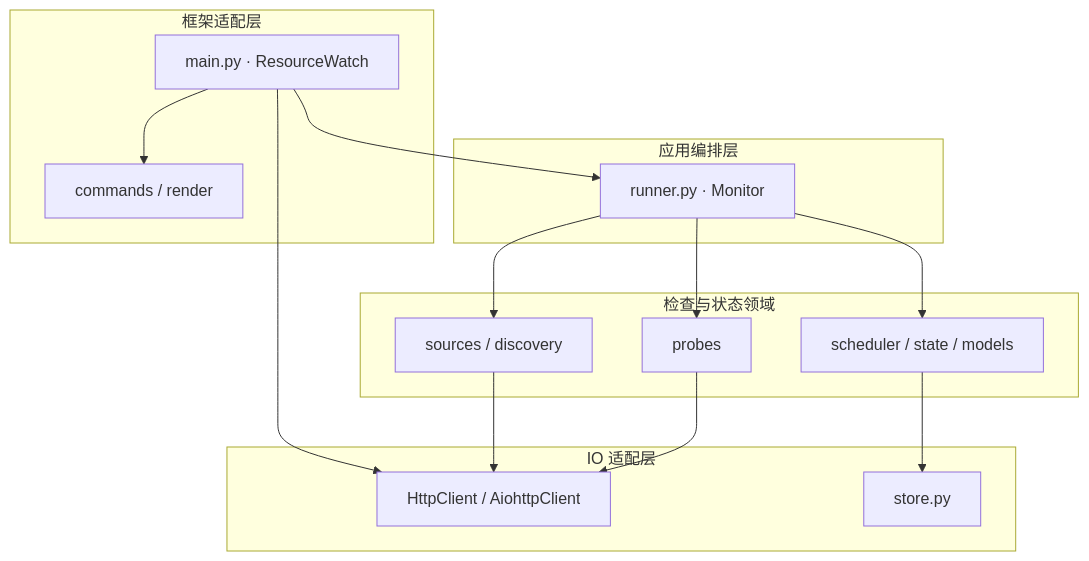
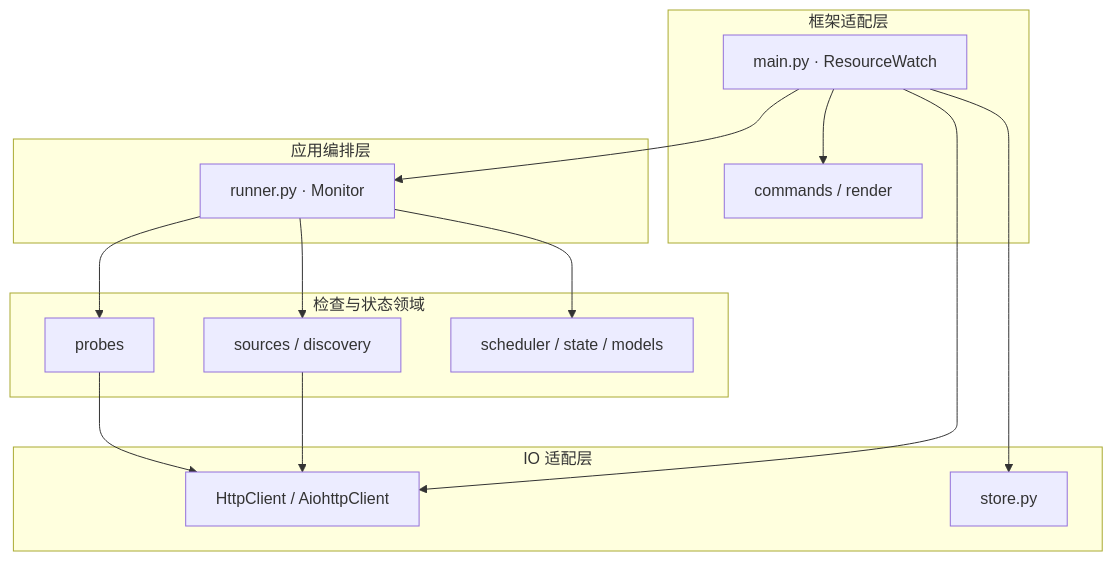
Before and after one commit to CyberNova2333/astrbot-resource-monitor: the diagram in README.md, drawn with Mermaid. The commit also changed other lines of this file and 26 other files, not shown here.

````diff
--- a/README.md
+++ b/README.md
@@ -23,28 +23,28 @@
 ```mermaid
 flowchart TB
     subgraph L0["框架适配层"]
         BOT["main.py · ResourceWatch"]
         CMD["commands / render"]
     end
     subgraph L1["应用编排层"]
         MON["runner.py · Monitor"]
     end
     subgraph L2["检查与状态领域"]
         SOURCE["sources / discovery"]
         PROBE["probes"]
         STATE["scheduler / state / models"]
     end
     subgraph L3["IO 适配层"]
         HTTP["HttpClient / AiohttpClient"]
         STORE["store.py"]
     end
     BOT --> CMD
     BOT --> MON
     BOT --> HTTP
     MON --> SOURCE
     MON --> PROBE
     MON --> STATE
     SOURCE --> HTTP
     PROBE --> HTTP
-    STATE --> STORE
+    BOT --> STORE
 ```
````
